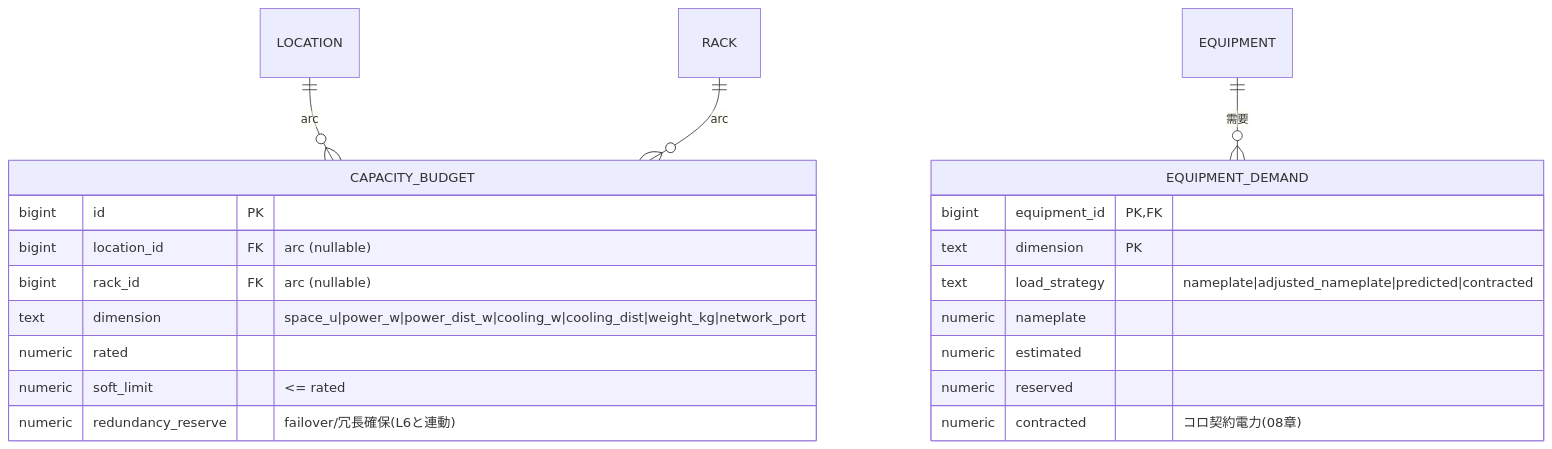
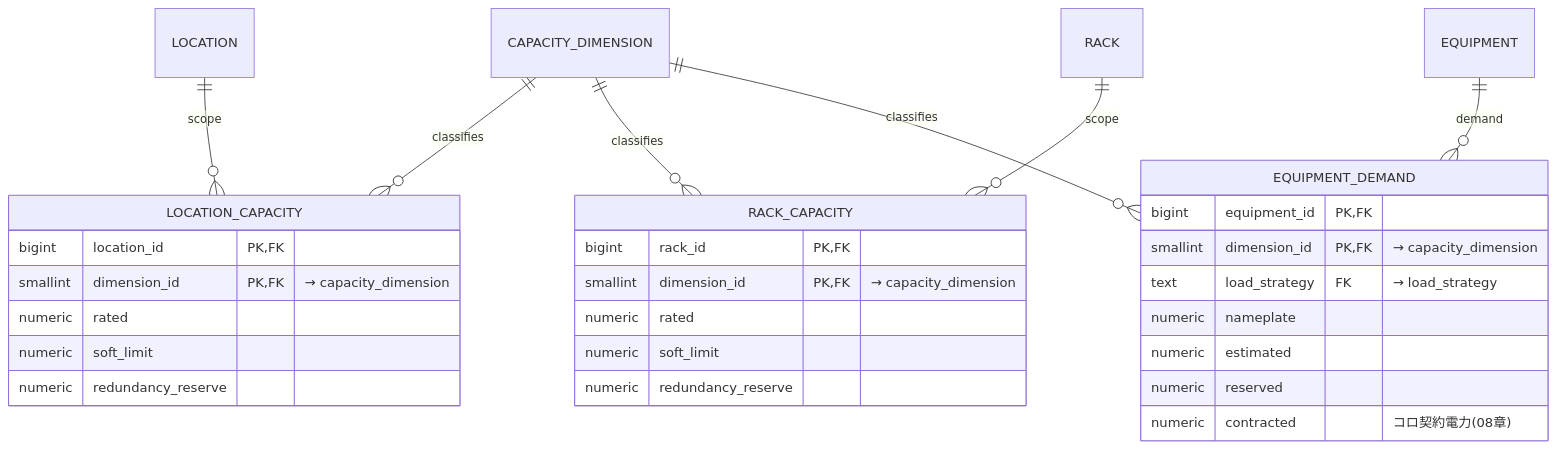
The eighth of 11 diagrams in 03-finalists.md (hn-11/dcim-schema-design), drawn with Mermaid before and after one commit. The commit also changed other lines of this file and 8 other files, not shown here.

First line of the commit message:
refactor(schema): 論理グルーピング追加 + 型制約全面改訂 + 構造リファクタ

````diff
--- a/03-finalists.md
+++ b/03-finalists.md
@@ -501,25 +527,33 @@
 ```mermaid
 erDiagram
-    LOCATION ||--o{ CAPACITY_BUDGET : "arc"
-    RACK ||--o{ CAPACITY_BUDGET : "arc"
-    EQUIPMENT ||--o{ EQUIPMENT_DEMAND : 需要
+    CAPACITY_DIMENSION ||--o{ LOCATION_CAPACITY : classifies
+    CAPACITY_DIMENSION ||--o{ RACK_CAPACITY : classifies
+    CAPACITY_DIMENSION ||--o{ EQUIPMENT_DEMAND : classifies
+    LOCATION ||--o{ LOCATION_CAPACITY : scope
+    RACK ||--o{ RACK_CAPACITY : scope
+    EQUIPMENT ||--o{ EQUIPMENT_DEMAND : demand
 
-    CAPACITY_BUDGET {
-        bigint id PK
-        bigint location_id FK "arc (nullable)"
-        bigint rack_id FK "arc (nullable)"
-        text dimension "space_u|power_w|power_dist_w|cooling_w|cooling_dist|weight_kg|network_port"
+    LOCATION_CAPACITY {
+        bigint location_id PK,FK
+        smallint dimension_id PK,FK "→ capacity_dimension"
         numeric rated
-        numeric soft_limit "<= rated"
-        numeric redundancy_reserve "failover/冗長確保(L6と連動)"
+        numeric soft_limit
+        numeric redundancy_reserve
+    }
+    RACK_CAPACITY {
+        bigint rack_id PK,FK
+        smallint dimension_id PK,FK "→ capacity_dimension"
+        numeric rated
+        numeric soft_limit
+        numeric redundancy_reserve
     }
     EQUIPMENT_DEMAND {
         bigint equipment_id PK,FK
-        text dimension PK
-        text load_strategy "nameplate|adjusted_nameplate|predicted|contracted"
+        smallint dimension_id PK,FK "→ capacity_dimension"
+        text load_strategy FK "→ load_strategy"
         numeric nameplate
         numeric estimated
         numeric reserved
         numeric contracted "コロ契約電力(08章)"
     }
 ```
````
